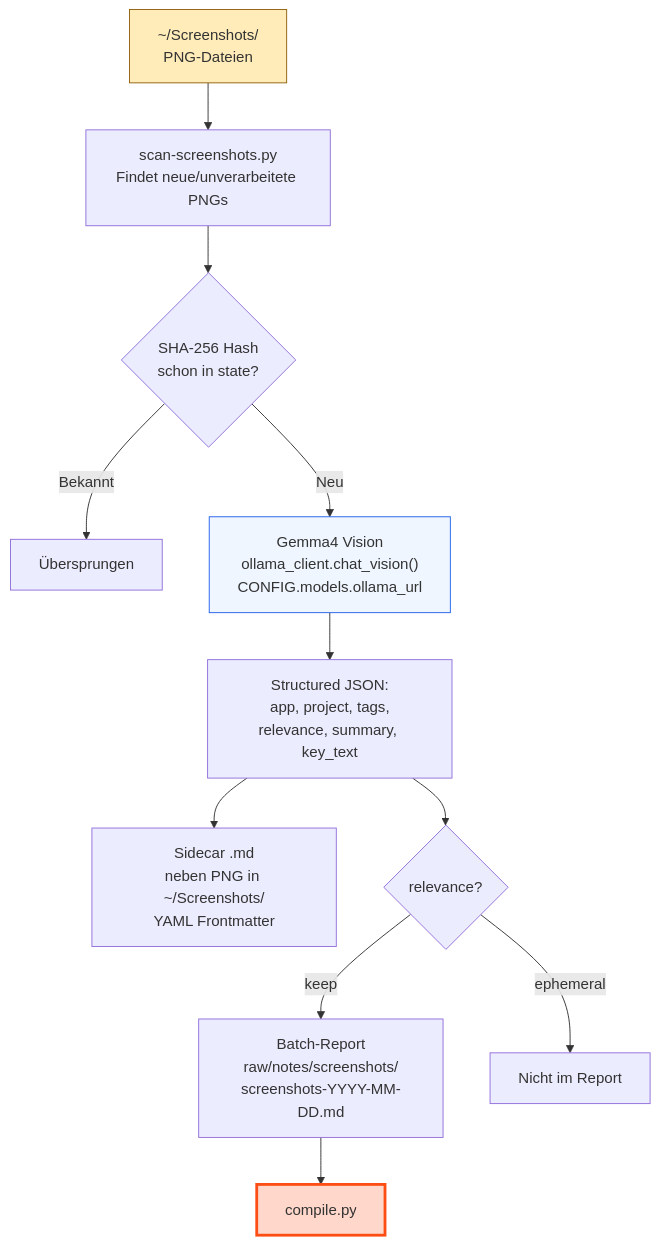
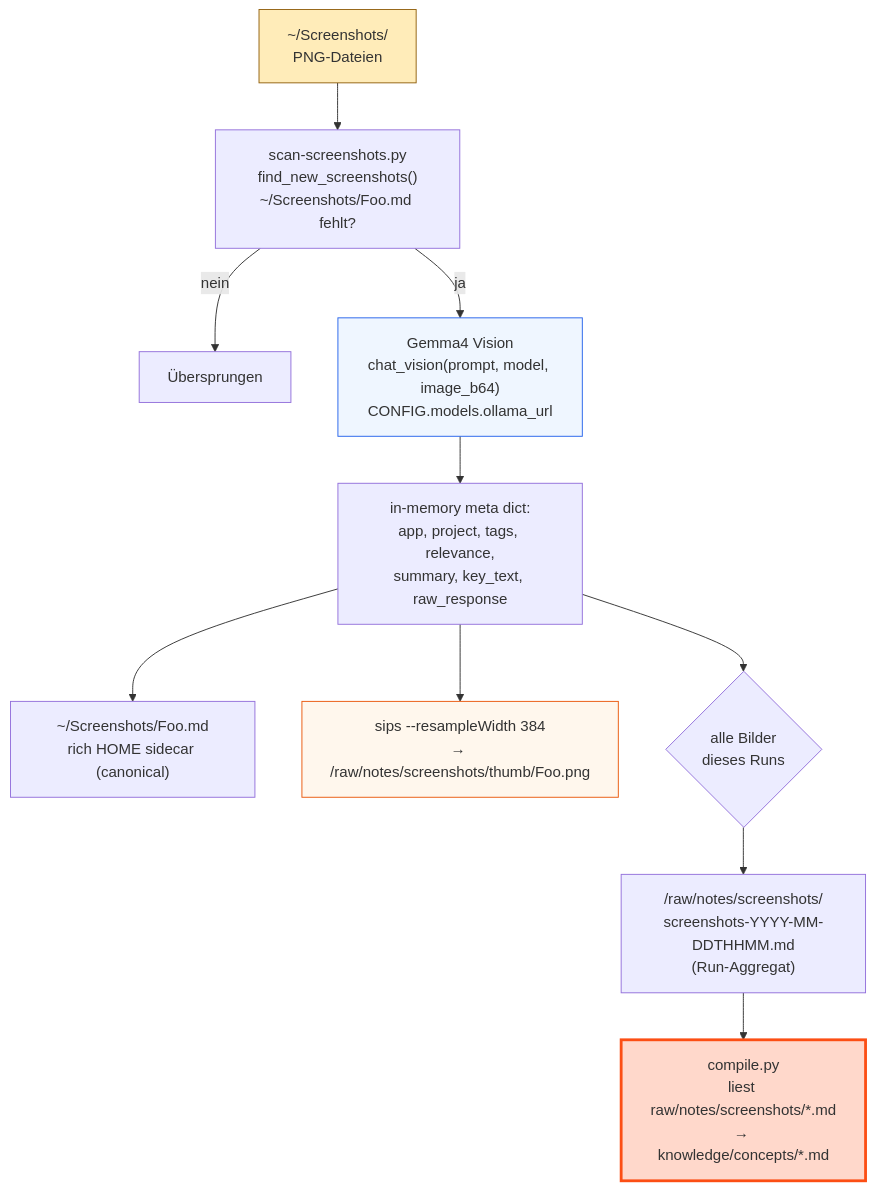
One commit to lx-0/llm-wiki changed the ninth of 11 diagrams in docs/PROCESS.md. Above: the diagram before and after it, drawn with Mermaid. The commit also changed other lines of this file and 3 other files, not shown here.

First line of the commit message:
docs: screenshot intake — new four-artifact architecture

````diff
--- a/docs/PROCESS.md
+++ b/docs/PROCESS.md
@@ -703,18 +714,18 @@
 ```mermaid
 flowchart TD
     DIR["~/Screenshots/\nPNG-Dateien"]
-    DIR --> SCAN["scan-screenshots.py\nFindet neue/unverarbeitete PNGs"]
-    SCAN --> HASH{"SHA-256 Hash\nschon in state?"}
-    HASH -->|Bekannt| SKIP["Übersprungen"]
-    HASH -->|Neu| VISION["Gemma4 Vision\nollama_client.chat_vision()\nCONFIG.models.ollama_url"]
-    VISION --> JSON["Structured JSON:\napp, project, tags,\nrelevance, summary, key_text"]
-    JSON --> SIDECAR["Sidecar .md\nneben PNG in ~/Screenshots/\nYAML Frontmatter"]
-    JSON --> FILTER{"relevance?"}
-    FILTER -->|keep| BATCH["Batch-Report\nraw/notes/screenshots/\nscreenshots-YYYY-MM-DD.md"]
-    FILTER -->|ephemeral| SKIP2["Nicht im Report"]
-    BATCH --> COMPILE["compile.py"]
+    DIR --> SCAN["scan-screenshots.py\nfind_new_screenshots()\n~/Screenshots/Foo.md fehlt?"]
+    SCAN -->|nein| SKIP["Übersprungen"]
+    SCAN -->|ja| VISION["Gemma4 Vision\nchat_vision(prompt, model, image_b64)\nCONFIG.models.ollama_url"]
+    VISION --> META["in-memory meta dict:\napp, project, tags, relevance,\nsummary, key_text, raw_response"]
+    META --> SIDECAR["~/Screenshots/Foo.md\nrich HOME sidecar (canonical)"]
+    META --> THUMB["sips --resampleWidth 384\n→ <vault>/raw/notes/screenshots/thumb/Foo.png"]
+    META --> AGG{"alle Bilder\ndieses Runs"}
+    AGG --> REPORT["<vault>/raw/notes/screenshots/\nscreenshots-YYYY-MM-DDTHHMM.md\n(Run-Aggregat)"]
+    REPORT --> COMPILE["compile.py\nliest raw/notes/screenshots/*.md\n→ knowledge/concepts/*.md"]
 
     style DIR fill:#FFECB9,stroke:#92610F
     style VISION fill:#EFF6FF,stroke:#2563EB
+    style THUMB fill:#FFF7ED,stroke:#EA580C
     style COMPILE fill:#FFD8CB,stroke:#FC4E14,stroke-width:3px
 ```
````
